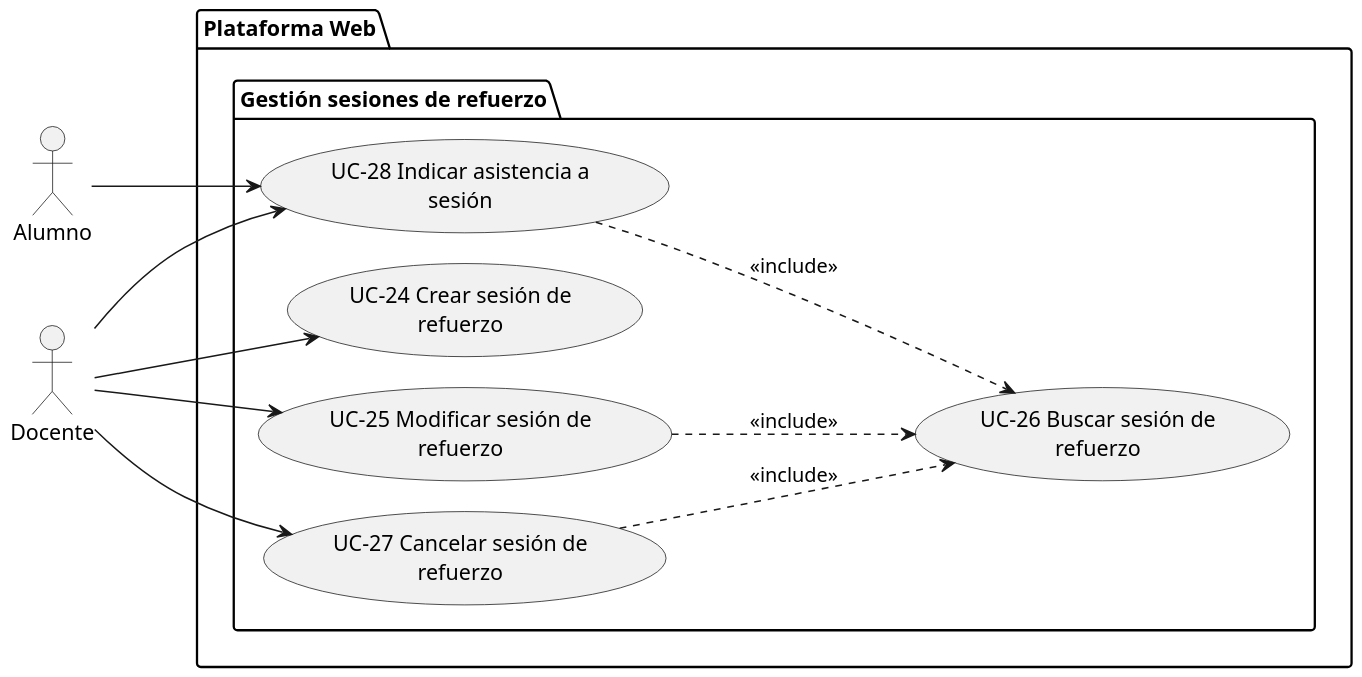
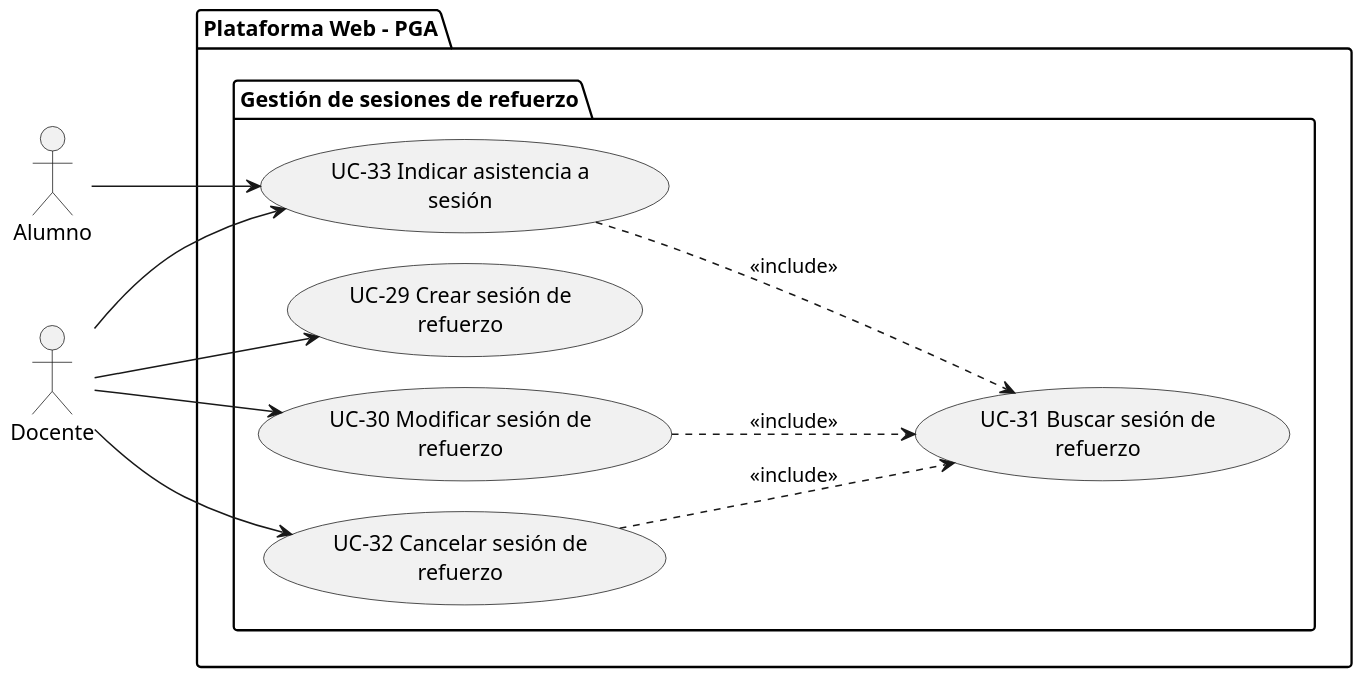
One commit to francoalbornoz2002/ASC-ProyectoAlgoritmia-TrabajoFinal changed the diagram in docs/requisitos/casos-de-uso/diagrama-casos-de-uso/subsistema-gestion-sesiones-refuerzo.puml. Above: the diagram before and after it, drawn with PlantUML. The commit also changed 9 other files, not shown here.

```diff
--- a/docs/requisitos/casos-de-uso/diagrama-casos-de-uso/subsistema-gestion-sesiones-refuerzo.puml
+++ b/docs/requisitos/casos-de-uso/diagrama-casos-de-uso/subsistema-gestion-sesiones-refuerzo.puml
@@ -1,37 +1,36 @@
 @startuml SUBSISTEMA_GestionSesionesRefuerzo
 left to right direction
 
 skinparam dpi 150
 skinparam usecasePadding 25
 skinparam actorPadding 80
 skinparam packagePadding 50
 skinparam wrapWidth 200
 
 skinparam nodesep 20
 skinparam ranksep 100
 
 actor Alumno
 actor Docente
 
-package "Plataforma Web"{
-    package "Gestión sesiones de refuerzo"{
-        usecase "UC-24 Crear sesión de refuerzo" as UC24
-        usecase "UC-25 Modificar sesión de refuerzo" as UC25
-        usecase "UC-26 Buscar sesión de refuerzo" as UC26
-        usecase "UC-27 Cancelar sesión de refuerzo" as UC27
-        usecase "UC-28 Indicar asistencia a sesión" as UC28
+package "Plataforma Web - PGA"{
+    package "Gestión de sesiones de refuerzo" {
+        usecase "UC-29 Crear sesión de refuerzo" as UC29
+        usecase "UC-30 Modificar sesión de refuerzo" as UC30
+        usecase "UC-31 Buscar sesión de refuerzo" as UC31
+        usecase "UC-32 Cancelar sesión de refuerzo" as UC32
+        usecase "UC-33 Indicar asistencia a sesión" as UC33
     }
 }
 
-Docente --> UC24
-Docente --> UC25
-Docente --> UC27
-Docente --> UC28
-UC25 ..> UC26 : <<include>>
-UC27 ..> UC26 : <<include>>
-UC28 ..> UC26 : <<include>>
+Docente --> UC29
+Docente --> UC30
+Docente --> UC32
+UC30 ..> UC31 : <<include>>
+UC32 ..> UC31 : <<include>>
 
-Alumno --> UC28
-
+Docente --> UC33
+Alumno --> UC33
+UC33 ..> UC31 : <<include>>
 
 @enduml
```
